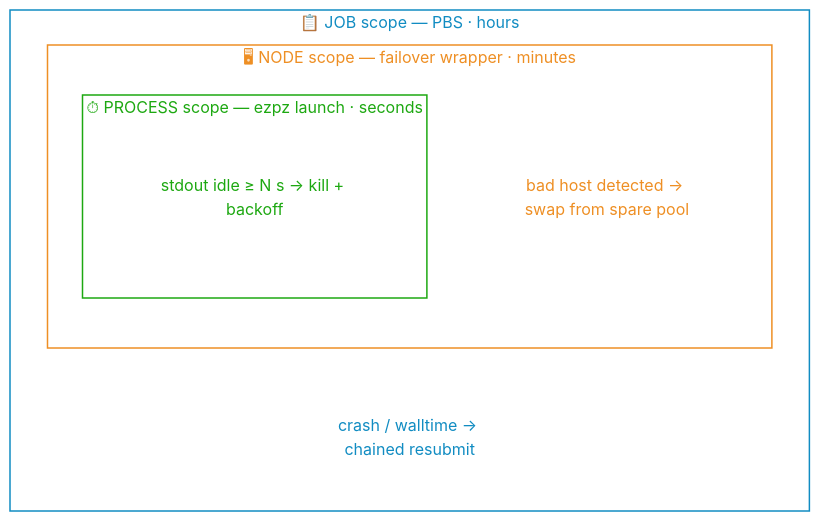
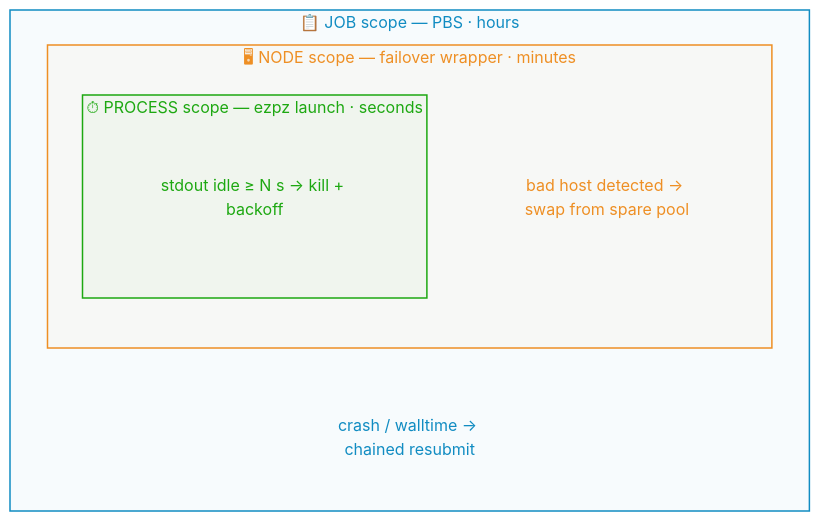
The third of 4 diagrams in web/src/pages/talks/2026/06/03/index.mdx (saforem2/sam.onl), drawn with Mermaid (forest theme) before and after one commit.

Commit message:
style(restart-cascade): add ~3% tinted fill to russian-doll clusters
Each cluster's fill goes from transparent to its accent color at hex
alpha 08 (~3%). Nested boxes layer subtly without competing with
chip-badge titles or per-cluster body text.

````diff
--- a/web/src/pages/talks/2026/06/03/index.mdx
+++ b/web/src/pages/talks/2026/06/03/index.mdx
@@ -509,25 +509,25 @@
 ```mermaid
 flowchart TB
     subgraph job["📋 JOB scope — PBS · hours"]
         JOB_TXT["crash / walltime → chained resubmit"]
         subgraph node["🖥 NODE scope — failover wrapper · minutes"]
             NODE_TXT["bad host detected → swap from spare pool"]
             subgraph proc["⏱ PROCESS scope — ezpz launch · seconds"]
                 PROC_TXT["stdout idle ≥ N s → kill + backoff"]
             end
         end
     end
 
-    classDef jobC  fill:transparent,stroke:#118cc2,color:#118cc2,stroke-width:1.5px
-    classDef nodeC fill:transparent,stroke:#ee8f24,color:#ee8f24,stroke-width:1.5px
-    classDef procC fill:transparent,stroke:#1da811,color:#1da811,stroke-width:1.5px
+    classDef jobC  fill:#118cc208,stroke:#118cc2,color:#118cc2,stroke-width:1.5px
+    classDef nodeC fill:#ee8f2408,stroke:#ee8f24,color:#ee8f24,stroke-width:1.5px
+    classDef procC fill:#1da81108,stroke:#1da811,color:#1da811,stroke-width:1.5px
     classDef jobTxt  fill:transparent,stroke:none,color:#118cc2
     classDef nodeTxt fill:transparent,stroke:none,color:#ee8f24
     classDef procTxt fill:transparent,stroke:none,color:#1da811
     class JOB_TXT jobTxt
     class NODE_TXT nodeTxt
     class PROC_TXT procTxt
     class job jobC
     class node nodeC
     class proc procC
 ```
````
